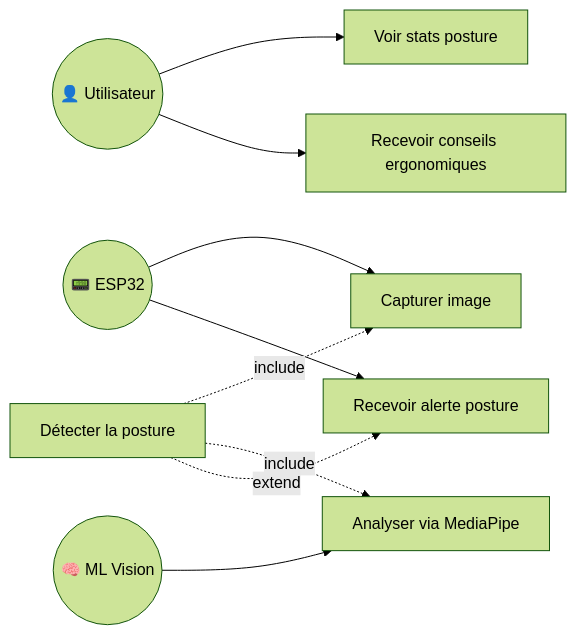
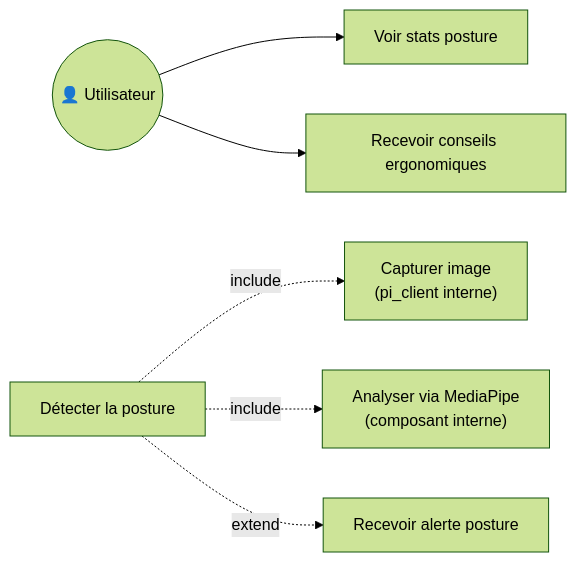
One commit to Jkacem/smart_focus changed the tenth of 12 diagrams in docs/Conception_CasUtilisation.md. Above: the diagram before and after it, drawn with Mermaid (forest theme). The commit also changed other lines of this file and 93 other files, not shown here.

````diff
--- a/docs/Conception_CasUtilisation.md
+++ b/docs/Conception_CasUtilisation.md
@@ -554,26 +623,19 @@
 ```mermaid
 graph LR
     User(("👤 Utilisateur"))
-    ESP32(("📟 ESP32"))
-    ML(("🧠 ML Vision"))
 
     UC17["Détecter la posture"]
     UC18["Recevoir alerte posture"]
     UC19["Voir stats posture"]
     UC20["Recevoir conseils ergonomiques"]
 
-    UC17a["Capturer image"]
-    UC17b["Analyser via MediaPipe"]
-
-    ESP32 --> UC17a
-    ML --> UC17b
+    UC17a["Capturer image\n(pi_client interne)"]
+    UC17b["Analyser via MediaPipe\n(composant interne)"]
 
     User --> UC19
     User --> UC20
 
     UC17 -.->|include| UC17a
     UC17 -.->|include| UC17b
     UC17 -.->|extend| UC18
-
-    ESP32 --> UC18
 ```
````
